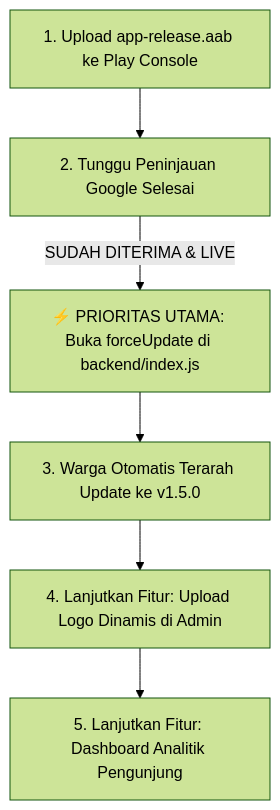
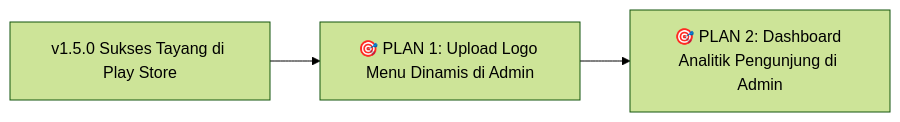
The diagram in PLAN.md (diskominfosandikonsel/konsel-setara), drawn with Mermaid (forest theme) before and after one commit. The commit also changed other lines of this file, not shown here.

Commit message:
docs: perbarui status rilis v1.5.0 live di Play Store dan forceUpdate aktif

````diff
--- a/PLAN.md
+++ b/PLAN.md
@@ -21,8 +21,5 @@
 ```mermaid
-flowchart TD
-    A[1. Upload app-release.aab ke Play Console] --> B[2. Tunggu Peninjauan Google Selesai]
-    B -->|SUDAH DITERIMA & LIVE| C[⚡ PRIORITAS UTAMA: Buka forceUpdate di backend/index.js]
-    C --> D[3. Warga Otomatis Terarah Update ke v1.5.0]
-    D --> E[4. Lanjutkan Fitur: Upload Logo Dinamis di Admin]
-    E --> F[5. Lanjutkan Fitur: Dashboard Analitik Pengunjung]
+flowchart LR
+    A[v1.5.0 Sukses Tayang di Play Store] --> B[🎯 PLAN 1: Upload Logo Menu Dinamis di Admin]
+    B --> C[🎯 PLAN 2: Dashboard Analitik Pengunjung di Admin]
 ```
````
